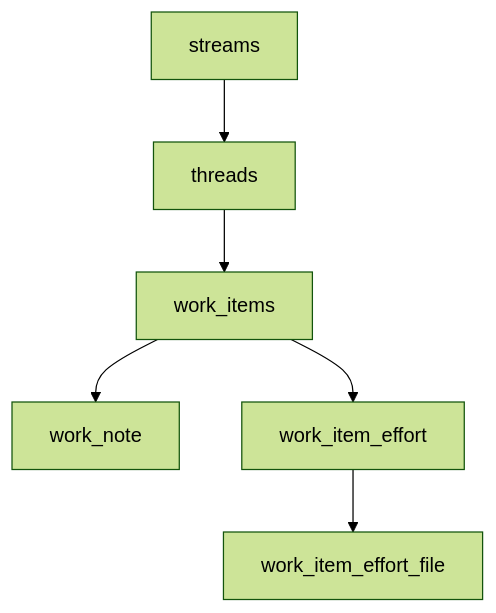
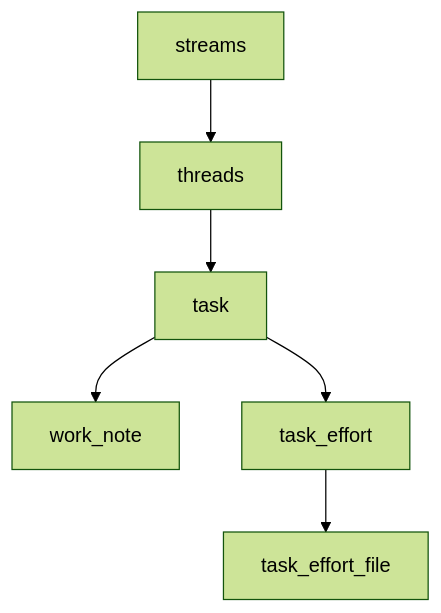
The first of 4 diagrams in crates/oxplow-plugin/assets/oxplow-wiki-capture.SKILL.md (mvoxland/oxplow), drawn with Mermaid (forest theme) before and after one commit. The commit also changed 46 other files, not shown here.

First line of the commit message:
Final scrub: zero work-item/WorkItem/wi- residuals across the tree

````diff
--- a/crates/oxplow-plugin/assets/oxplow-wiki-capture.SKILL.md
+++ b/crates/oxplow-plugin/assets/oxplow-wiki-capture.SKILL.md
@@ -184,8 +184,8 @@
 ```mermaid
 graph TD
   Stream[streams] --> Thread[threads]
-  Thread --> WorkItem[work_items]
-  WorkItem --> Note[work_note]
-  WorkItem --> Effort[work_item_effort]
-  Effort --> EffortFile[work_item_effort_file]
+  Thread --> Task[task]
+  Task --> Note[work_note]
+  Task --> Effort[task_effort]
+  Effort --> EffortFile[task_effort_file]
 ```
````
